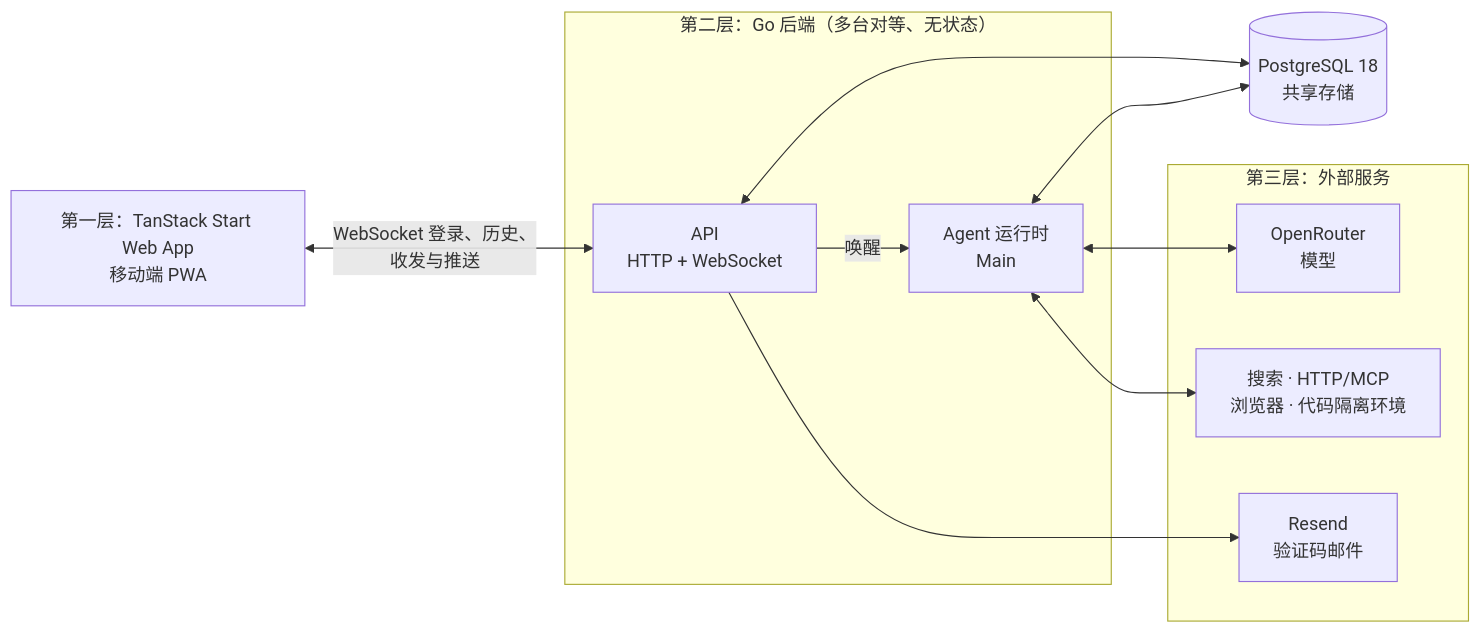
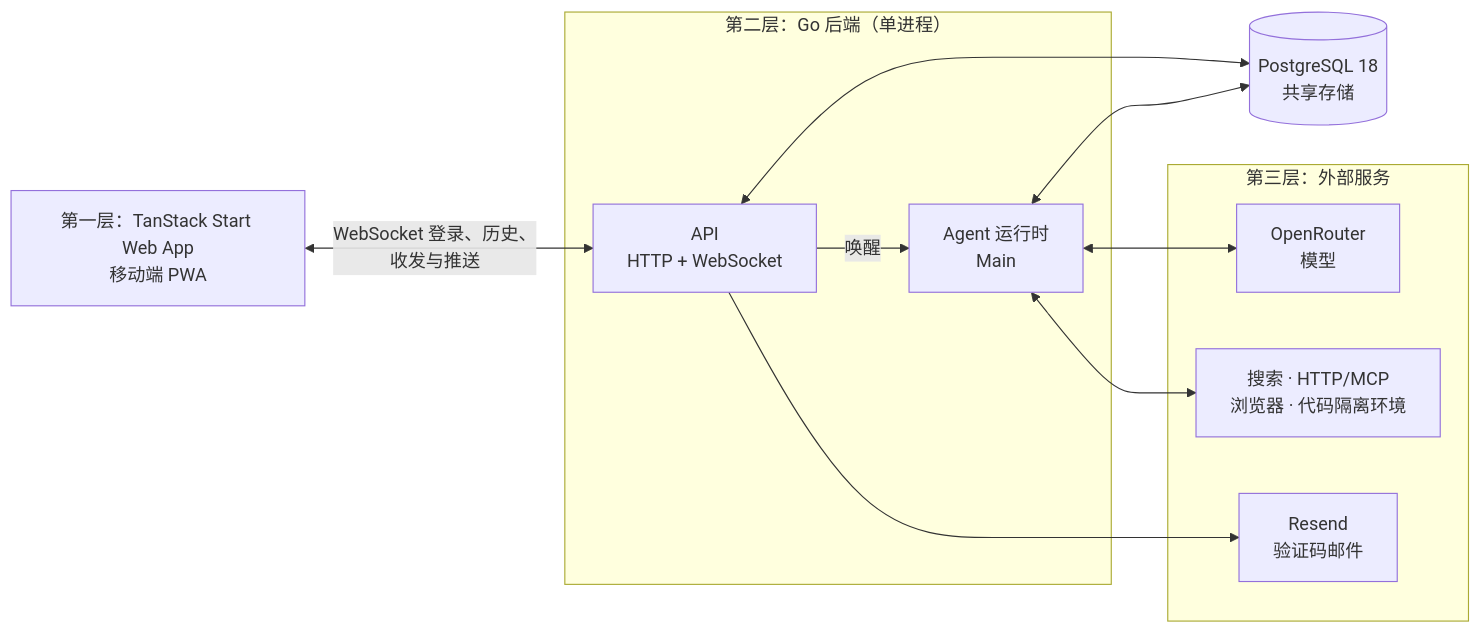
Before and after one commit to OmniNetOpensource/aether-personal: the diagram in docs/wiki/01-overview.md, drawn with Mermaid. The commit also changed other lines of this file and 10 other files, not shown here.

````diff
--- a/docs/wiki/01-overview.md
+++ b/docs/wiki/01-overview.md
@@ -24,22 +24,22 @@
 ```mermaid
 flowchart LR
     APP["第一层：TanStack Start Web App<br/>移动端 PWA"]
-    subgraph BACKEND["第二层：Go 后端（多台对等、无状态）"]
+    subgraph BACKEND["第二层：Go 后端（单进程）"]
         API["API<br/>HTTP + WebSocket"]
         RUNTIME["Agent 运行时<br/>Main"]
     end
     DB[("PostgreSQL 18<br/>共享存储")]
     subgraph EXTERNAL["第三层：外部服务"]
         OPENROUTER["OpenRouter<br/>模型"]
         RESEND["Resend<br/>验证码邮件"]
         TOOLS["搜索 · HTTP/MCP<br/>浏览器 · 代码隔离环境"]
     end
 
     APP <-->|"WebSocket 登录、历史、<br/>收发与推送"| API
     API <--> DB
     RUNTIME <--> DB
     API -->|"唤醒"| RUNTIME
     RUNTIME <--> OPENROUTER
     API --> RESEND
     RUNTIME <--> TOOLS
 ```
````
